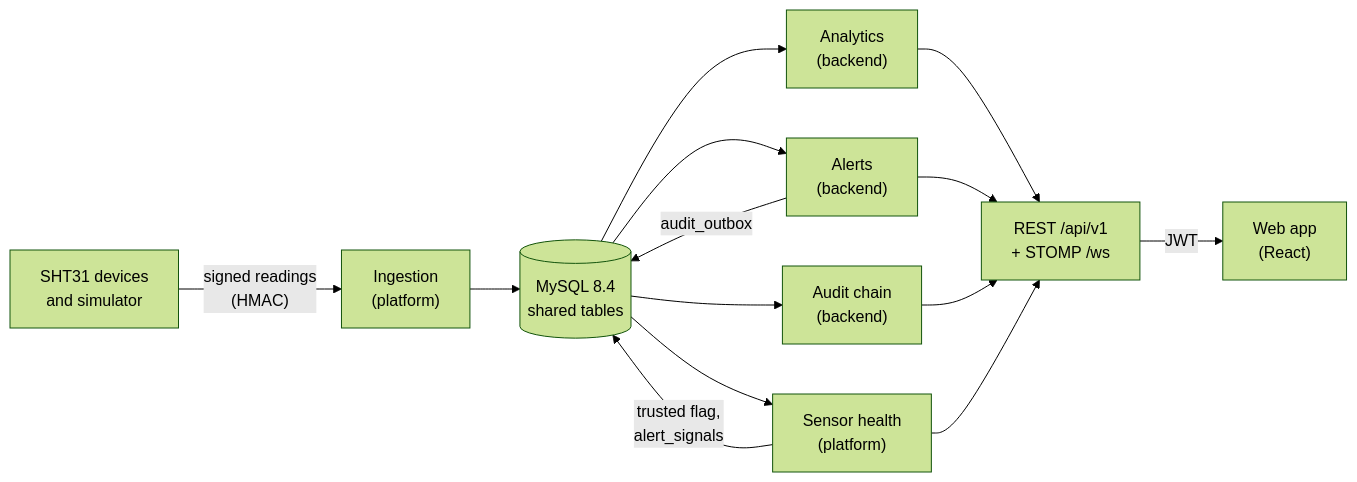
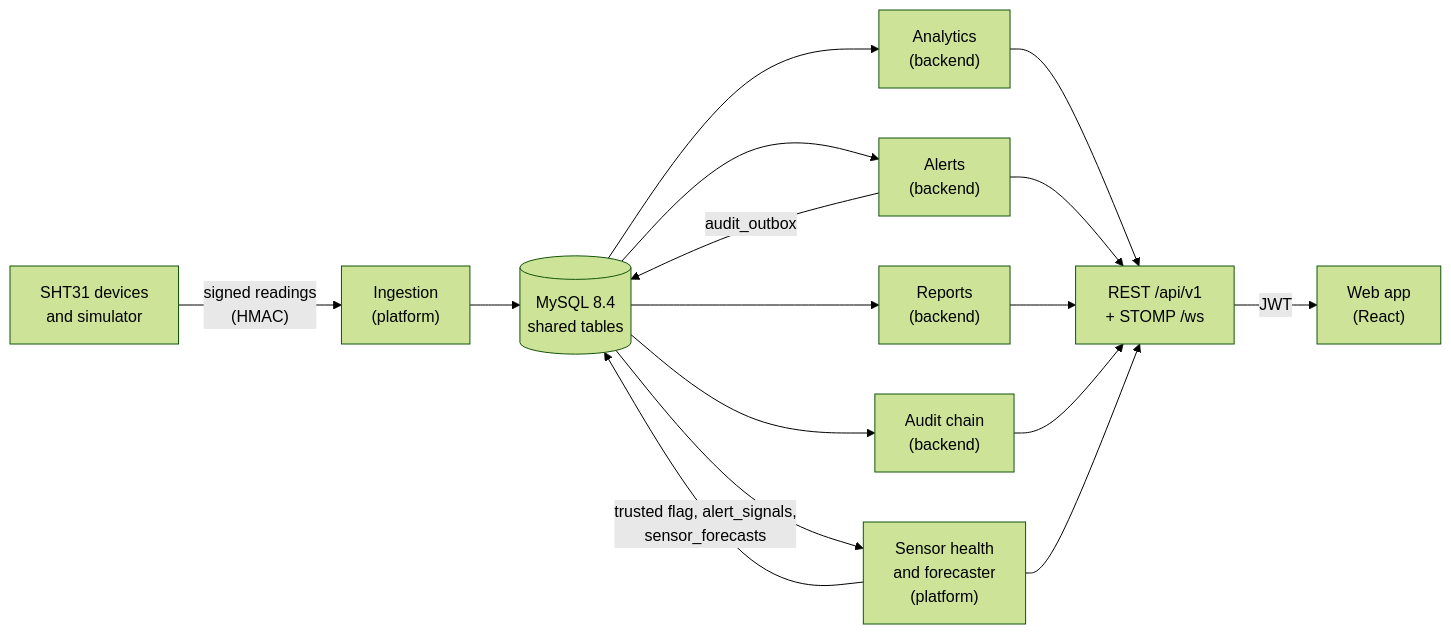
One commit to CS5010-team-404/corrosion-monitor changed the diagram in README.md. Above: the diagram before and after it, drawn with Mermaid (forest theme). The commit also changed other lines of this file and 2 other files, not shown here.

````diff
--- a/README.md
+++ b/README.md
@@ -47,16 +88,18 @@
 ```mermaid
 flowchart LR
     dev["SHT31 devices<br/>and simulator"] -->|"signed readings<br/>(HMAC)"| ing["Ingestion<br/>(platform)"]
     ing --> db[("MySQL 8.4<br/>shared tables")]
-    db --> health["Sensor health<br/>(platform)"]
-    health -->|"trusted flag,<br/>alert_signals"| db
+    db --> health["Sensor health<br/>and forecaster<br/>(platform)"]
+    health -->|"trusted flag, alert_signals,<br/>sensor_forecasts"| db
     db --> analytics["Analytics<br/>(backend)"]
     db --> alerts["Alerts<br/>(backend)"]
+    db --> reports["Reports<br/>(backend)"]
     alerts -->|"audit_outbox"| db
     db --> audit["Audit chain<br/>(backend)"]
     analytics --> api["REST /api/v1<br/>+ STOMP /ws"]
     alerts --> api
+    reports --> api
     audit --> api
     health --> api
     api -->|"JWT"| web["Web app<br/>(React)"]
 ```
````
